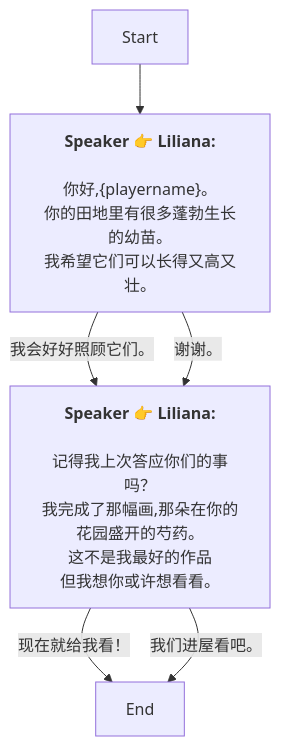
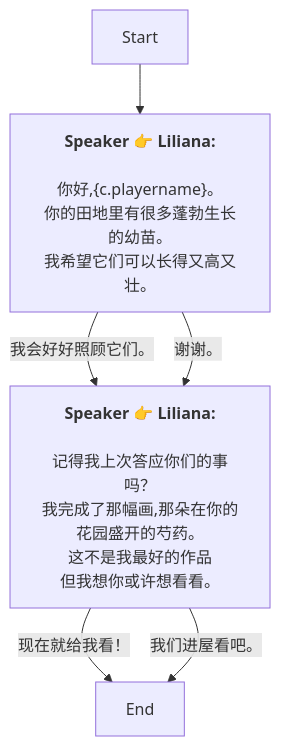
One commit to SoftHu/tos_avg changed the diagram in Zh/QuestStartTalkENode_1768807868606533.md. Above: the diagram before and after it, drawn with Mermaid. The commit also changed 410 other files, not shown here.

````diff
--- a/Zh/QuestStartTalkENode_1768807868606533.md
+++ b/Zh/QuestStartTalkENode_1768807868606533.md
@@ -1,16 +1,16 @@
 ```mermaid
 graph
 Start -->1768807897752649[<b>Speaker 👉 Liliana:</b>
-\n你好,&lbrace;playername&rbrace;。
+\n你好,&lbrace;c.playername&rbrace;。
 你的田地里有很多蓬勃生长的幼苗。
 我希望它们可以长得又高又壮。]
 1768807897752649 -->|我会好好照顾它们。|1768807897754701[<b>Speaker 👉 Liliana:</b>
 \n记得我上次答应你们的事吗？\n我完成了那幅画,那朵在你的花园盛开的芍药。\n这不是我最好的作品
 但我想你或许想看看。]
 1768807897752649 -->|谢谢。|1768807897754701[<b>Speaker 👉 Liliana:</b>
 \n记得我上次答应你们的事吗？\n我完成了那幅画,那朵在你的花园盛开的芍药。\n这不是我最好的作品
 但我想你或许想看看。]
 1768807897754701 -->|现在就给我看！|1768807897756753[End]
 1768807897754701 -->|我们进屋看吧。|1768807897756753[End]
 
 ```
````
